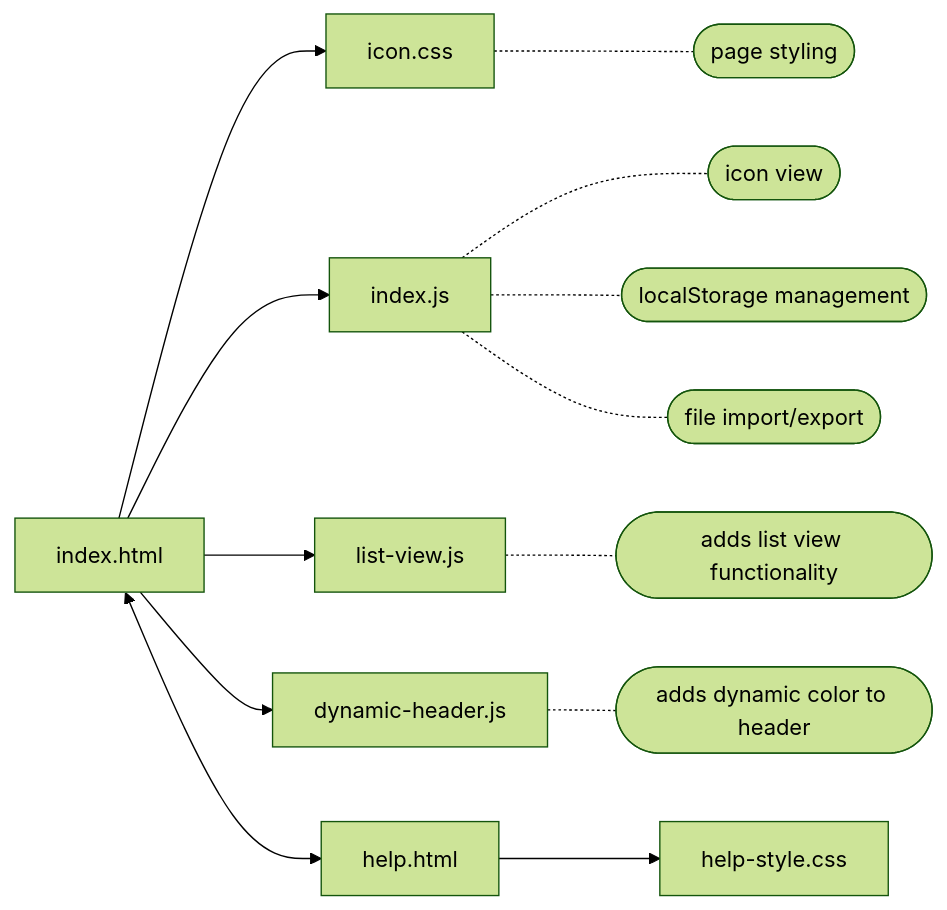
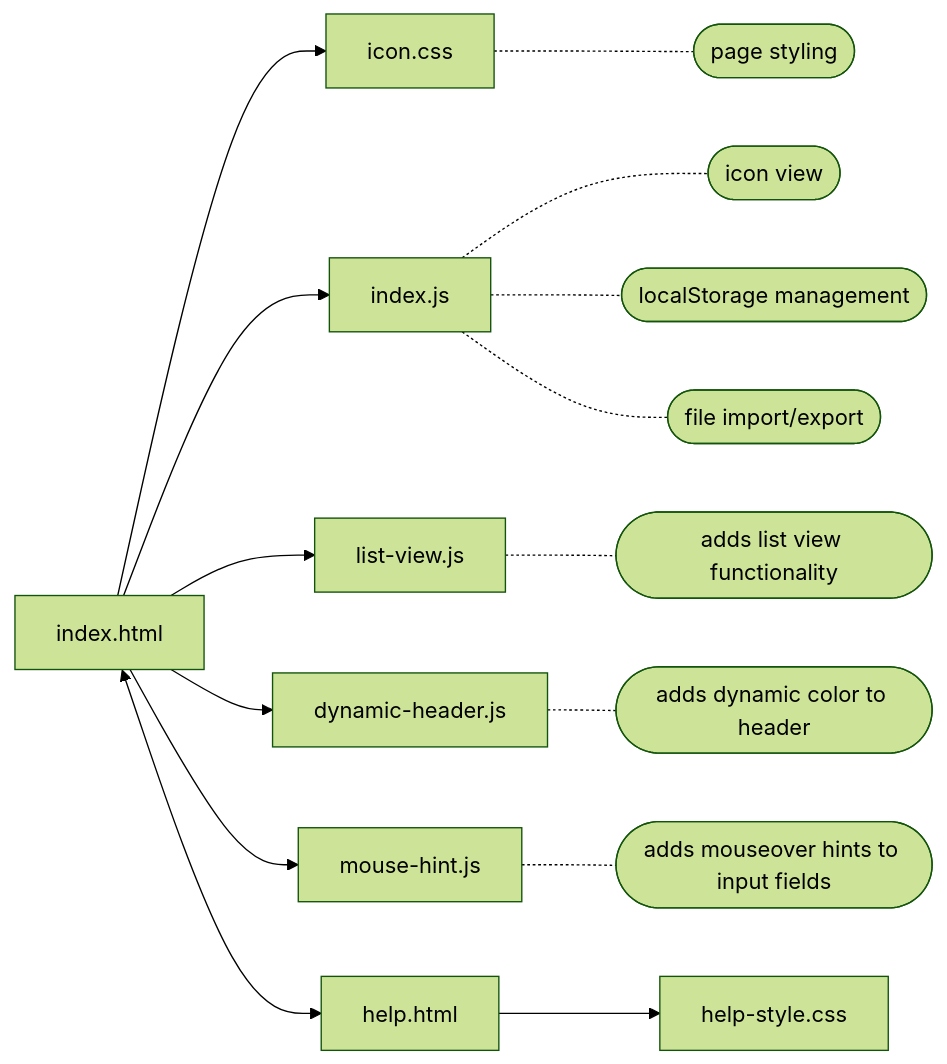
Before and after one commit to pxp888/startpage: the diagram in README.md, drawn with Mermaid (forest theme). The commit also changed other lines of this file and 2 other files, not shown here.

Commit message:
add mouse hint details to README

````diff
--- a/README.md
+++ b/README.md
@@ -231,16 +237,17 @@
 ```mermaid
 graph LR
 A[index.html]
 B[help.html]
 
 A --> css1[icon.css] -.- e4([page styling])
 A --> js1[index.js]
 js1 -.- e5([icon view])
 js1 -.- e1([localStorage management])
 js1 -.- e6([file import/export])
 
 A --> js2[list-view.js] -.- e2([adds list view functionality])
 A --> js3[dynamic-header.js] -.- e3([adds dynamic color to header])
+A --> js4[mouse-hint.js] -.- e7([adds mouseover hints to input fields])
 B --> css2[help-style.css]
 A <--> B
 ```
````
